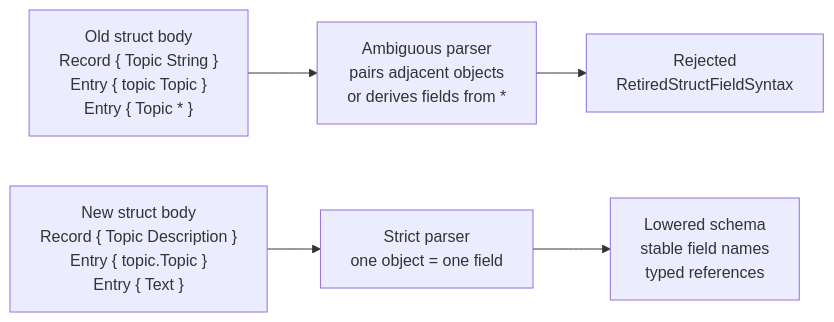
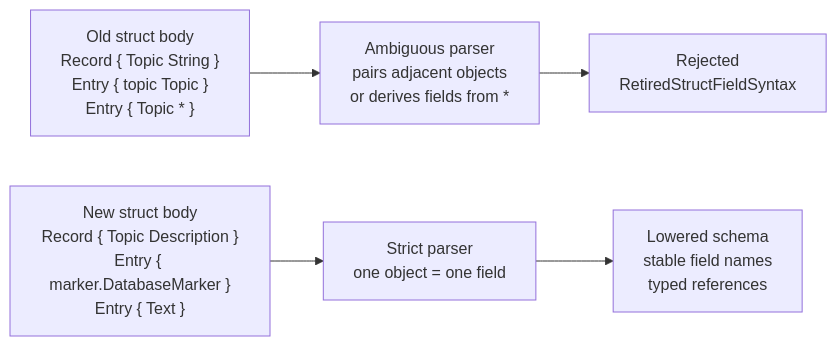
The first of 5 diagrams in reports/operator/412-schema-strict-positional-structs.md (LiGoldragon/primary), drawn with Mermaid before and after one commit. The commit also changed other lines of this file and 1 other file, not shown here.

Commit message:
operator: correct schema dot-role reports

````diff
--- a/reports/operator/412-schema-strict-positional-structs.md
+++ b/reports/operator/412-schema-strict-positional-structs.md
@@ -35,13 +43,13 @@
 ```mermaid
 flowchart LR
     old["Old struct body<br/>Record { Topic String }<br/>Entry { topic Topic }<br/>Entry { Topic * }"]
     ambiguity["Ambiguous parser<br/>pairs adjacent objects<br/>or derives fields from *"]
     retired["Rejected<br/>RetiredStructFieldSyntax"]
 
-    new["New struct body<br/>Record { Topic Description }<br/>Entry { topic.Topic }<br/>Entry { Text }"]
+    new["New struct body<br/>Record { Topic Description }<br/>Entry { marker.DatabaseMarker }<br/>Entry { Text }"]
     strict["Strict parser<br/>one object = one field"]
     lowered["Lowered schema<br/>stable field names<br/>typed references"]
 
     old --> ambiguity --> retired
     new --> strict --> lowered
 ```
````
